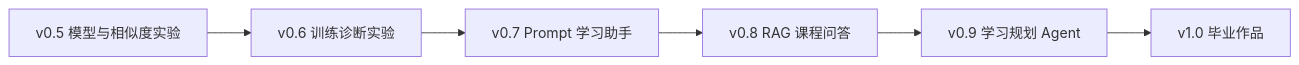
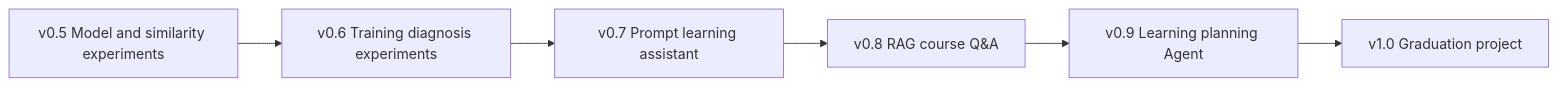
One commit to oudbiao/AI-fullstack-course changed the third of 3 diagrams in docs/intro/ai-learning-assistant-version-roadmap.md. Above: the diagram before and after it, drawn with Mermaid. The commit also changed other lines of this file and 1406 other files, not shown here.

````diff
--- a/docs/intro/ai-learning-assistant-version-roadmap.md
+++ b/docs/intro/ai-learning-assistant-version-roadmap.md
@@ -43,8 +43,8 @@
 ```mermaid
 flowchart LR
-  E[v0.5 模型与相似度实验] --> F[v0.6 训练诊断实验]
-  F --> G[v0.7 Prompt 学习助手]
-  G --> H[v0.8 RAG 课程问答]
-  H --> I[v0.9 学习规划 Agent]
-  I --> J[v1.0 毕业作品]
+  E[v0.5 Model and similarity experiments] --> F[v0.6 Training diagnosis experiments]
+  F --> G[v0.7 Prompt learning assistant]
+  G --> H[v0.8 RAG course Q&A]
+  H --> I[v0.9 Learning planning Agent]
+  I --> J[v1.0 Graduation project]
 ```
````
